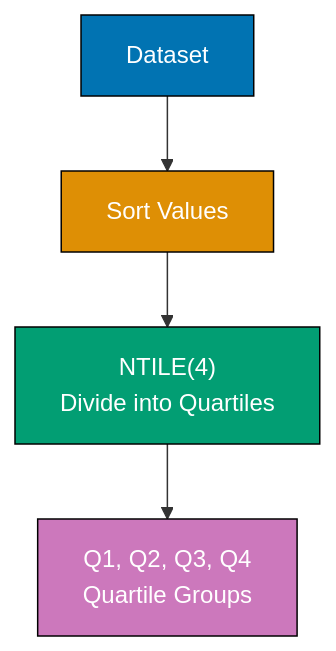
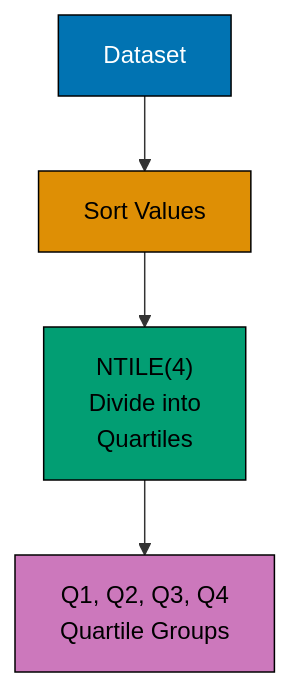
Before and after one commit to wahidyankf/ose-public: the first of 10 diagrams in apps/ayokoding-www/content/en/learn/legacy/software-engineering/data/databases/sql/by-example/advanced.md, drawn with Mermaid. The commit also changed other lines of this file and 131 other files, not shown here.

First line of the commit message:
fix(mermaid): bring the legacy data, infrastructure, and testing diagrams onto the accessible palette

````diff
--- a/apps/ayokoding-www/content/en/learn/legacy/software-engineering/data/databases/sql/by-example/advanced.md
+++ b/apps/ayokoding-www/content/en/learn/legacy/software-engineering/data/databases/sql/by-example/advanced.md
@@ -16,17 +16,24 @@
 ```mermaid
 %% Color Palette: Blue #0173B2, Orange #DE8F05, Teal #029E73, Purple #CC78BC, Brown #CA9161
 graph TD
+    accTitle: Example 61: Percentile and Quartile Calculations
+    accDescr: Graph with 4 nodes and 3 connections. Nodes: Dataset, Sort Values, NTILE(4) Divide into Quartiles, Q1, Q2, Q3, Q4 Quartile Groups. Connections: Dataset to Sort Values, Sort Values to NTILE(4) Divide into Quartiles, NTILE(4) Divide into Quartiles to Q1, Q2, Q3, Q4 Quartile Groups.
     A["Dataset"]
     B["Sort Values"]
-    C["NTILE(4)<br/>Divide into Quartiles"]
+    C["NTILE(4)<br/>Divide into<br/>Quartiles"]
     D["Q1, Q2, Q3, Q4<br/>Quartile Groups"]
 
     A --> B
     B --> C
     C --> D
 
-    style A fill:#0173B2,stroke:#000,color:#fff
-    style B fill:#DE8F05,stroke:#000,color:#fff
-    style C fill:#029E73,stroke:#000,color:#fff
-    style D fill:#CC78BC,stroke:#000,color:#fff
+    classDef pal-0173B2 fill:#0173B2,stroke:#000000,color:#FFFFFF
+    class A pal-0173B2
+    classDef pal-DE8F05 fill:#DE8F05,stroke:#000000,color:#000000
+    class B pal-DE8F05
+    classDef pal-029E73 fill:#029E73,stroke:#000000,color:#000000
+    class C pal-029E73
+    classDef pal-CC78BC fill:#CC78BC,stroke:#000000,color:#000000
+    class D pal-CC78BC
+    classDef default fill:#FFFFFF,stroke:#000000,color:#000000
 ```
````
